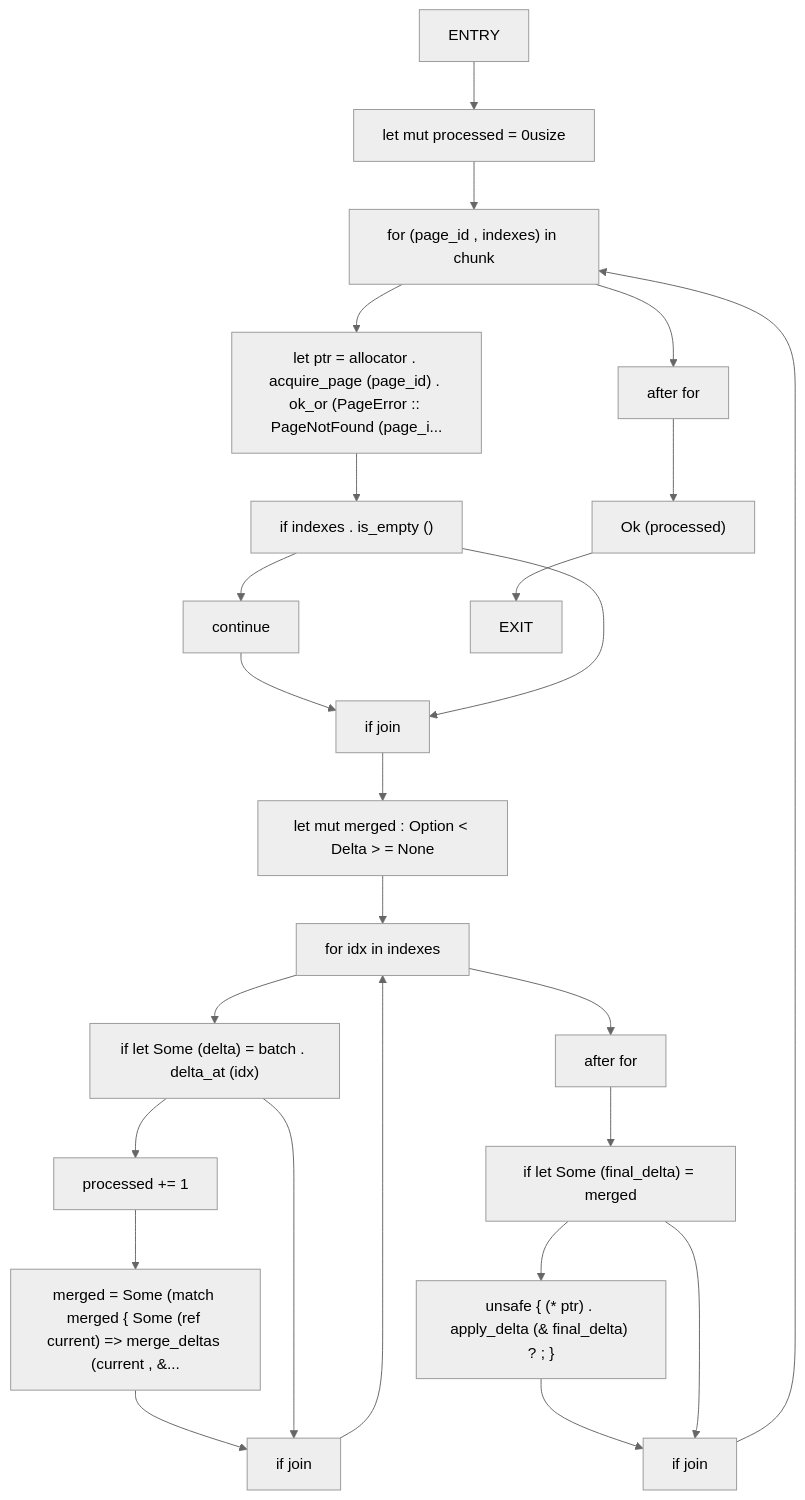
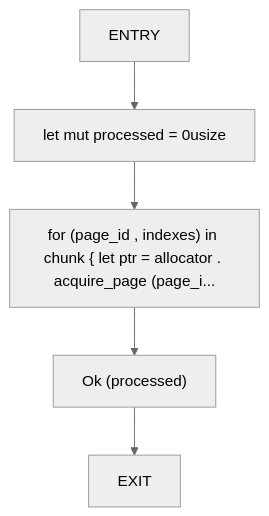
Before and after one commit to cicero-violate/MMSB: diagram 13 of 20 in docs/analysis/cfg/040-src-04_propagation.md, drawn with Mermaid (neutral theme). The commit also changed other lines of this file and 865 other files, not shown here.

````diff
--- a/docs/analysis/cfg/040-src-04_propagation.md
+++ b/docs/analysis/cfg/040-src-04_propagation.md
@@ -343,47 +301,12 @@
 ```mermaid
 flowchart TD
     process_chunk_0["ENTRY"]
     process_chunk_1["let mut processed = 0usize"]
-    process_chunk_2["for (page_id , indexes) in chunk"]
-    process_chunk_3["let ptr = allocator . acquire_page (page_id) . ok_or (PageError :: PageNotFound (page_i..."]
-    process_chunk_4["if indexes . is_empty ()"]
-    process_chunk_5["continue"]
-    process_chunk_6["if join"]
-    process_chunk_7["let mut merged : Option < Delta > = None"]
-    process_chunk_8["for idx in indexes"]
-    process_chunk_9["if let Some (delta) = batch . delta_at (idx)"]
-    process_chunk_10["processed += 1"]
-    process_chunk_11["merged = Some (match merged { Some (ref current) => merge_deltas (current , &..."]
-    process_chunk_12["if join"]
-    process_chunk_13["after for"]
-    process_chunk_14["if let Some (final_delta) = merged"]
-    process_chunk_15["unsafe { (* ptr) . apply_delta (& final_delta) ? ; }"]
-    process_chunk_16["if join"]
-    process_chunk_17["after for"]
-    process_chunk_18["Ok (processed)"]
-    process_chunk_19["EXIT"]
+    process_chunk_2["for (page_id , indexes) in chunk { let ptr = allocator . acquire_page (page_i..."]
+    process_chunk_3["Ok (processed)"]
+    process_chunk_4["EXIT"]
     process_chunk_0 --> process_chunk_1
     process_chunk_1 --> process_chunk_2
     process_chunk_2 --> process_chunk_3
     process_chunk_3 --> process_chunk_4
-    process_chunk_4 --> process_chunk_5
-    process_chunk_5 --> process_chunk_6
-    process_chunk_4 --> process_chunk_6
-    process_chunk_6 --> process_chunk_7
-    process_chunk_7 --> process_chunk_8
-    process_chunk_8 --> process_chunk_9
-    process_chunk_9 --> process_chunk_10
-    process_chunk_10 --> process_chunk_11
-    process_chunk_11 --> process_chunk_12
-    process_chunk_9 --> process_chunk_12
-    process_chunk_12 --> process_chunk_8
-    process_chunk_8 --> process_chunk_13
-    process_chunk_13 --> process_chunk_14
-    process_chunk_14 --> process_chunk_15
-    process_chunk_15 --> process_chunk_16
-    process_chunk_14 --> process_chunk_16
-    process_chunk_16 --> process_chunk_2
-    process_chunk_2 --> process_chunk_17
-    process_chunk_17 --> process_chunk_18
-    process_chunk_18 --> process_chunk_19
 ```
````
